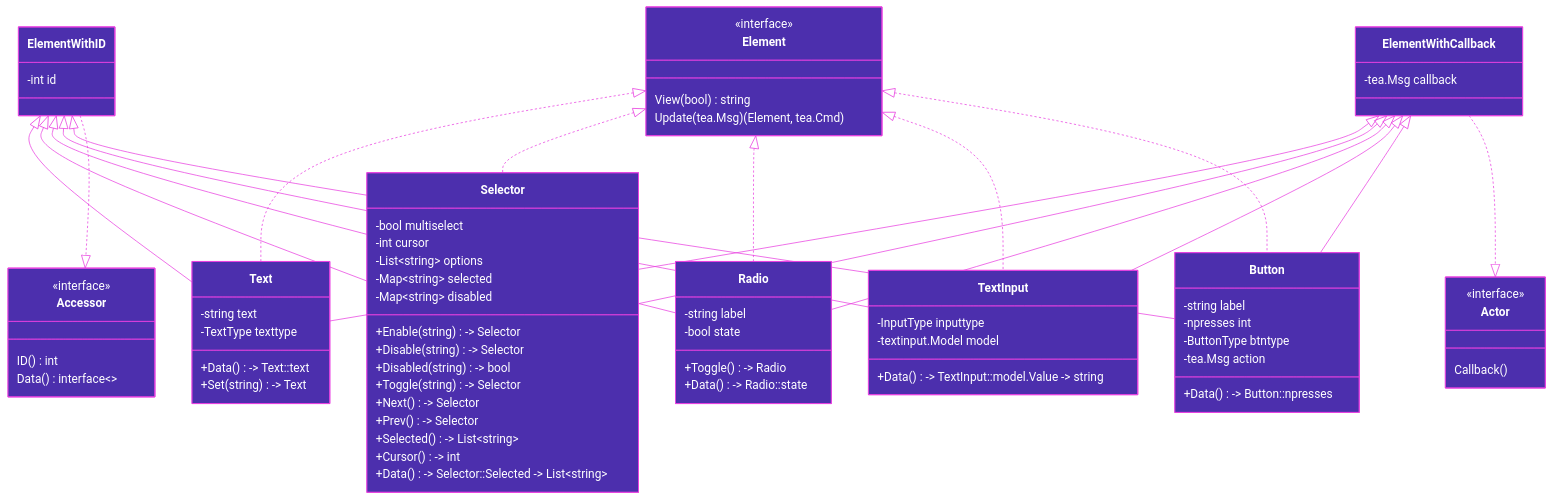
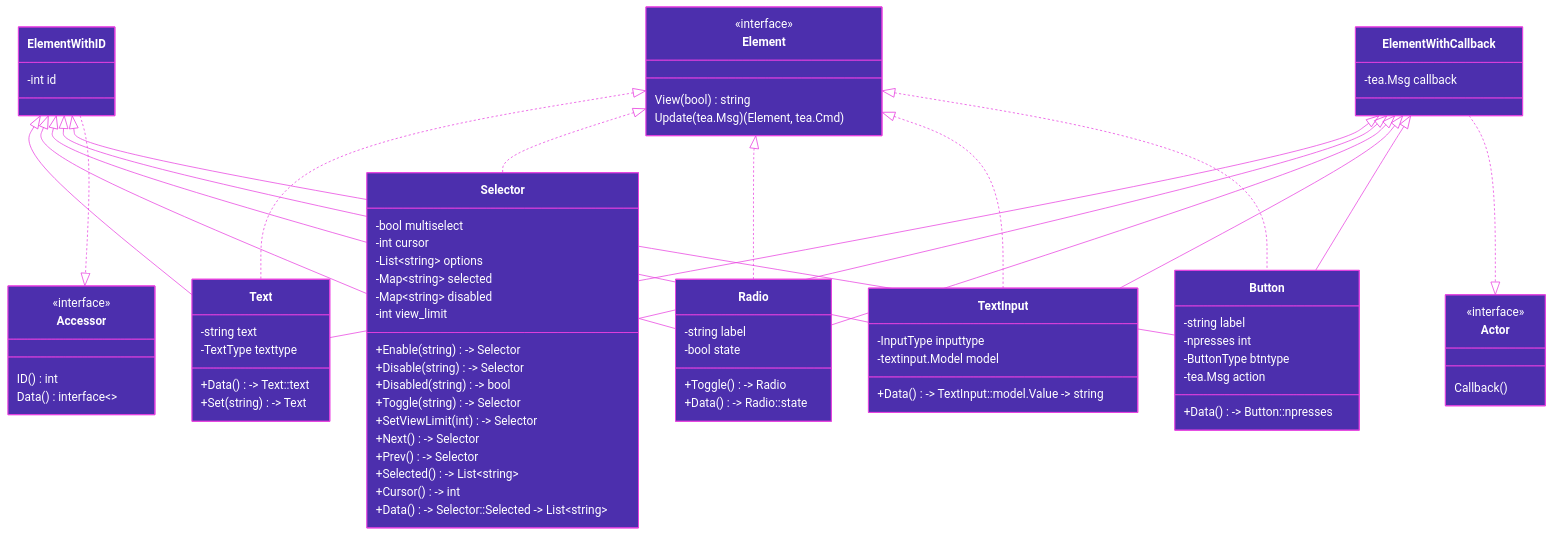
One commit to haykh/tuigo changed the third of 3 diagrams in README.md. Above: the diagram before and after it, drawn with Mermaid. The commit also changed 8 other files, not shown here.

```diff
--- a/README.md
+++ b/README.md
@@ -229,10 +229,12 @@
     -List~string~ options
     -Map~string~ selected
     -Map~string~ disabled
+    -int view_limit
     +Enable(string) -> Selector
     +Disable(string) -> Selector
     +Disabled(string) -> bool
     +Toggle(string) -> Selector
+    +SetViewLimit(int) -> Selector
     +Next() -> Selector
     +Prev() -> Selector
     +Selected() -> List~string~
```
